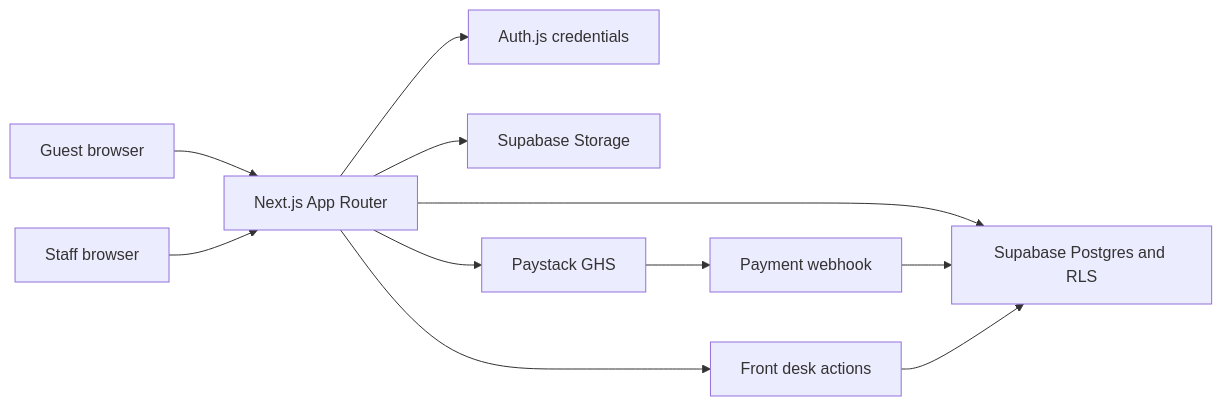
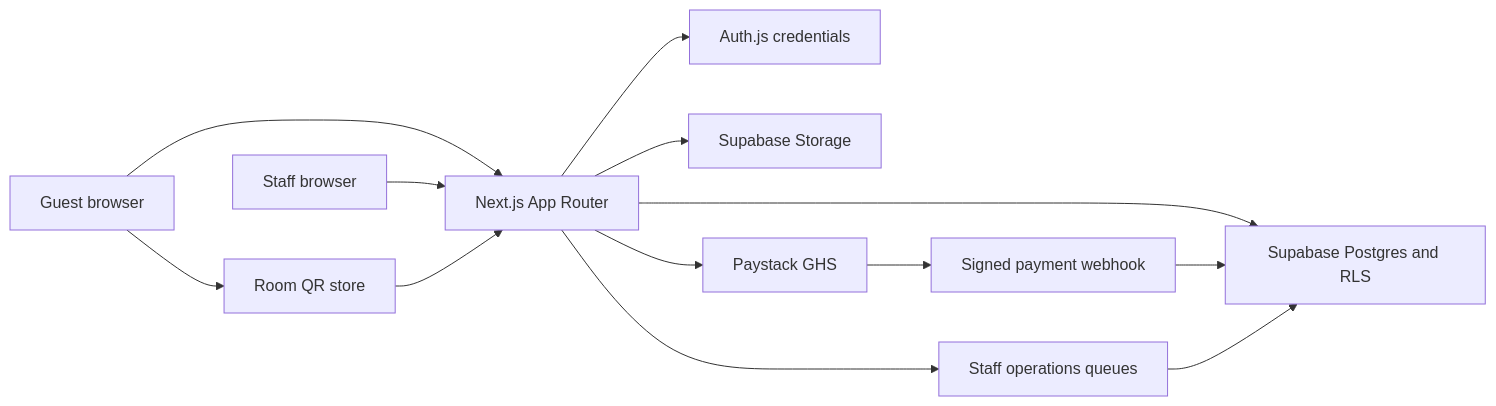
Before and after one commit to remy-onpot/hotel: the diagram in CODEBASE_AUDIT_AND_PITCH.md, drawn with Mermaid. The commit also changed other lines of this file and 113 other files, not shown here.

````diff
--- a/CODEBASE_AUDIT_AND_PITCH.md
+++ b/CODEBASE_AUDIT_AND_PITCH.md
@@ -44,13 +55,15 @@
 ```mermaid
 flowchart LR
   Guest[Guest browser] --> Next[Next.js App Router]
   Staff[Staff browser] --> Next
   Next --> Auth[Auth.js credentials]
-  Next --> Data[Supabase Postgres and RLS]
+  Next --> DB[Supabase Postgres and RLS]
   Next --> Storage[Supabase Storage]
   Next --> Paystack[Paystack GHS]
-  Paystack --> Hook[Payment webhook]
-  Hook --> Data
-  Next --> Desk[Front desk actions]
-  Desk --> Data
+  Paystack --> Hook[Signed payment webhook]
+  Hook --> DB
+  Guest --> QR[Room QR store]
+  QR --> Next
+  Next --> Ops[Staff operations queues]
+  Ops --> DB
 ```
````
